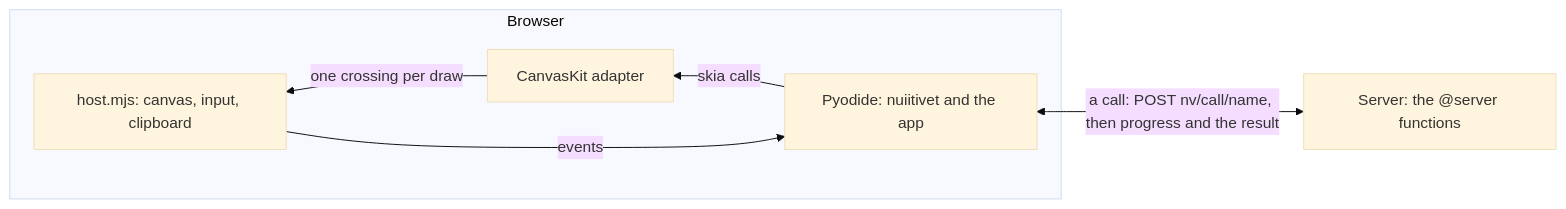
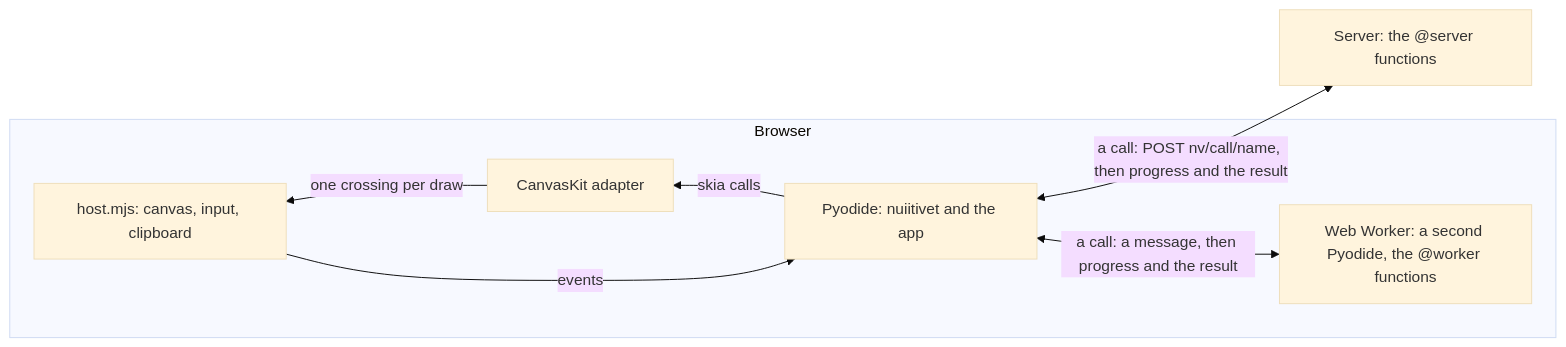
Before and after one commit to yuksblog/nuiitivet: the first of 3 diagrams in docs/design/WEB_TARGET.md, drawn with Mermaid (base theme). The commit also changed other lines of this file and 37 other files, not shown here.

First line of the commit message:
feat(web): worker functions (@nv.worker), heavy work in the browser without a server

````diff
--- a/docs/design/WEB_TARGET.md
+++ b/docs/design/WEB_TARGET.md
@@ -15,13 +16,15 @@
 ```mermaid
 flowchart RL
     server[Server: the @server functions]
     subgraph browser [Browser]
+        worker[Web Worker: a second Pyodide, the @worker functions]
         py[Pyodide: nuiitivet and the app]
         adapter[CanvasKit adapter]
         host[host.mjs: canvas, input, clipboard]
     end
     server <-- "a call: POST nv/call/name, then progress and the result" --> py
+    worker <-- "a call: a message, then progress and the result" --> py
     py -- "skia calls" --> adapter
     adapter -- "one crossing per draw" --> host
     host -- "events" --> py
 ```
````
